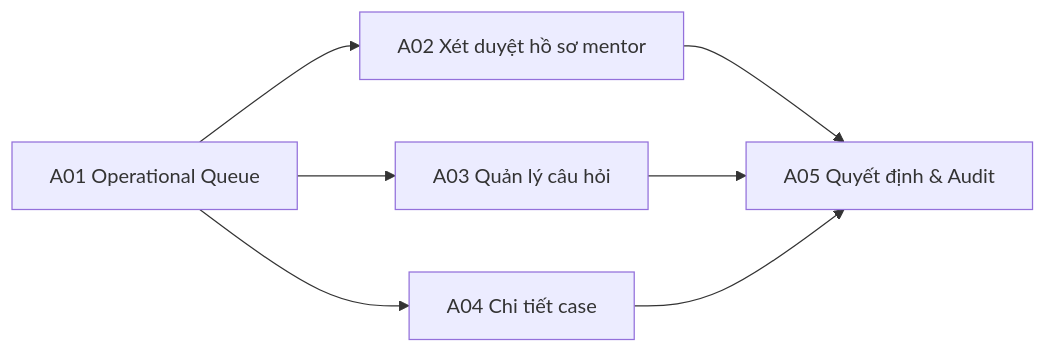
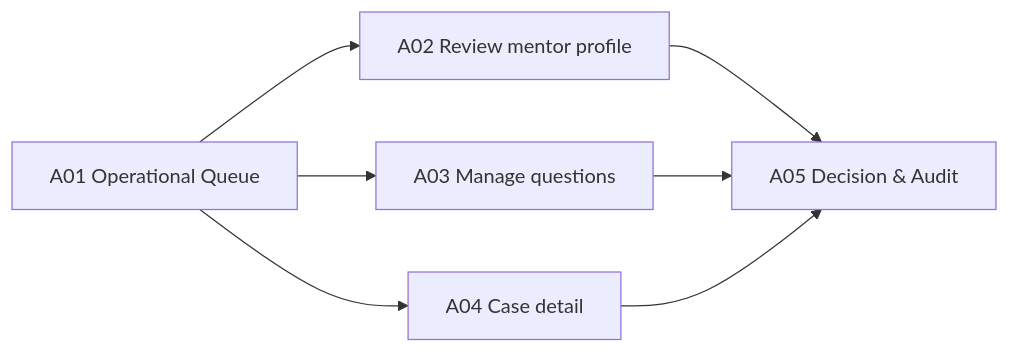
One commit to tnnhuaa/InterviewQuestionBank changed the fourth of 4 diagrams in docs/Project_Prototype/Prototype_Workflow.md. Above: the diagram before and after it, drawn with Mermaid. The commit also changed other lines of this file and 19 other files, not shown here.

````diff
--- a/docs/Project_Prototype/Prototype_Workflow.md
+++ b/docs/Project_Prototype/Prototype_Workflow.md
@@ -269,9 +269,9 @@
 ```mermaid
 flowchart LR
-    A01["A01 Operational Queue"] --> A02["A02 Xét duyệt hồ sơ mentor"]
-    A01 --> A03["A03 Quản lý câu hỏi"]
-    A01 --> A04["A04 Chi tiết case"]
-    A02 --> A05["A05 Quyết định & Audit"]
+    A01["A01 Operational Queue"] --> A02["A02 Review mentor profile"]
+    A01 --> A03["A03 Manage questions"]
+    A01 --> A04["A04 Case detail"]
+    A02 --> A05["A05 Decision & Audit"]
     A03 --> A05
     A04 --> A05
 ```
````
